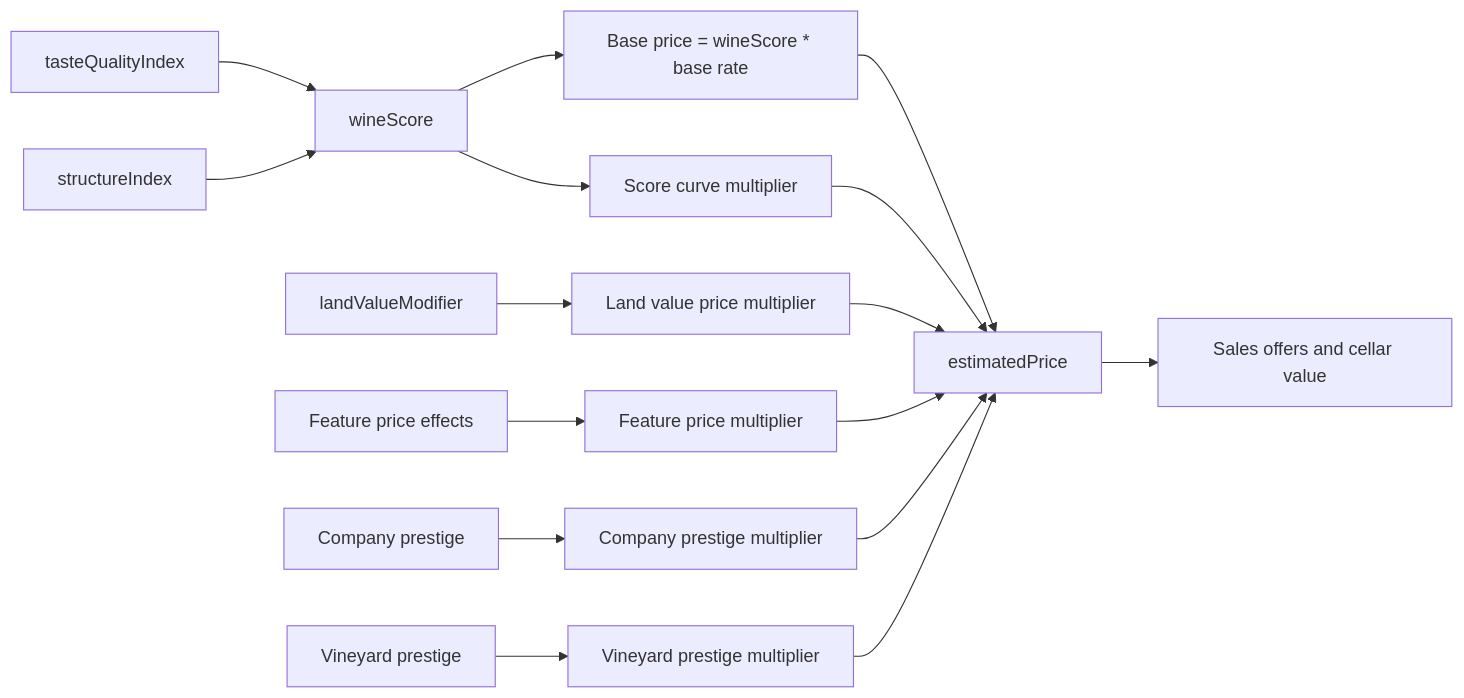
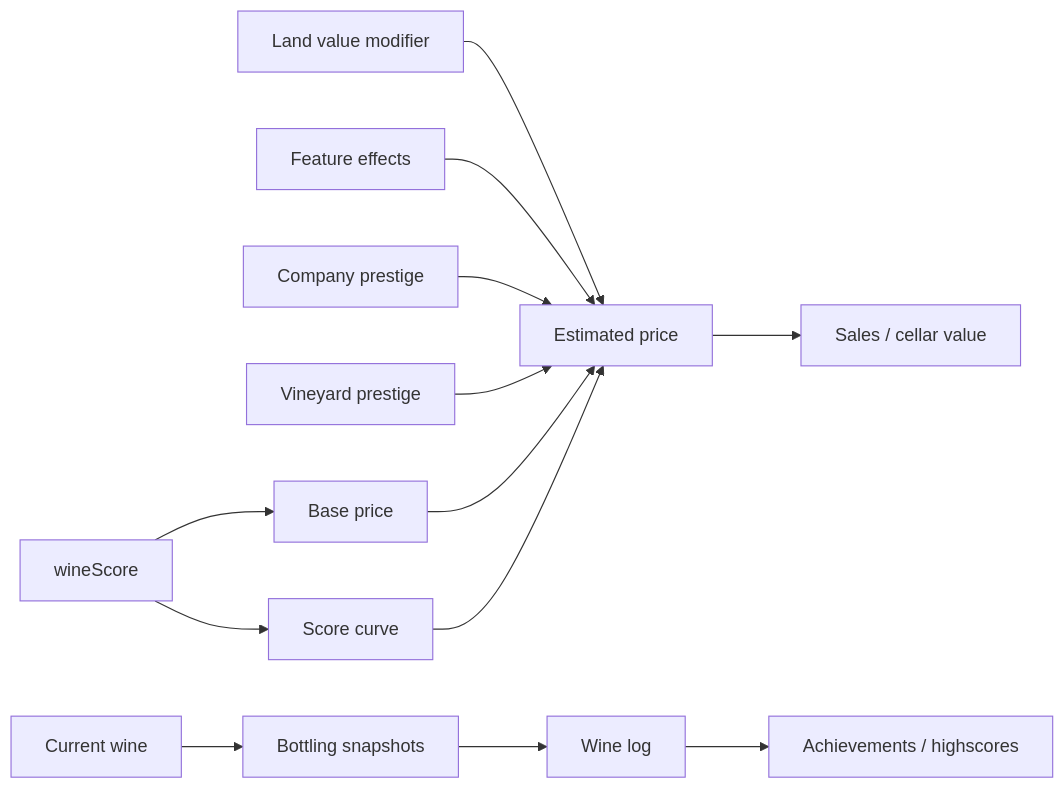
Before and after one commit to gram12321/winemaker04: the third of 4 diagrams in docs/WineSystem_VariableRelationshipMap.md, drawn with Mermaid. The commit also changed other lines of this file and 40 other files, not shown here.

````diff
--- a/docs/WineSystem_VariableRelationshipMap.md
+++ b/docs/WineSystem_VariableRelationshipMap.md
@@ -155,18 +76,14 @@
 ```mermaid
 flowchart LR
-  TQI["tasteQualityIndex"] --> WS["wineScore"]
-  SI["structureIndex"] --> WS
-  WS --> BASE["Base price = wineScore * base rate"]
-  WS --> CURVE["Score curve multiplier"]
-  LVM["landValueModifier"] --> LPM["Land value price multiplier"]
-  FE["Feature price effects"] --> FPM["Feature price multiplier"]
-  CP["Company prestige"] --> CPM["Company prestige multiplier"]
-  VP["Vineyard prestige"] --> VPM["Vineyard prestige multiplier"]
-  BASE --> EP["estimatedPrice"]
-  CURVE --> EP
-  LPM --> EP
-  FPM --> EP
-  CPM --> EP
-  VPM --> EP
-  EP --> SALES["Sales offers and cellar value"]
+  WS["wineScore"] --> BASE["Base price"]
+  WS --> CURVE["Score curve"]
+  LVM["Land value modifier"] --> PRICE["Estimated price"]
+  FE["Feature effects"] --> PRICE
+  CP["Company prestige"] --> PRICE
+  VP["Vineyard prestige"] --> PRICE
+  BASE --> PRICE
+  CURVE --> PRICE
+  CUR["Current wine"] --> SNAP["Bottling snapshots"]
+  PRICE --> SALES["Sales / cellar value"]
+  SNAP --> WL["Wine log"] --> ACH["Achievements / highscores"]
 ```
````
